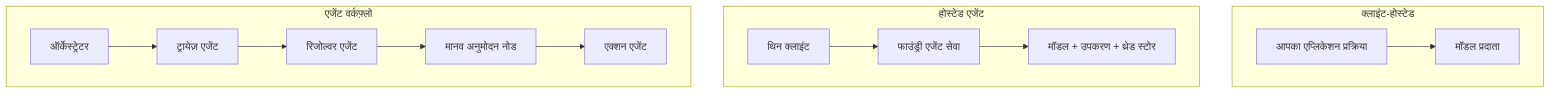
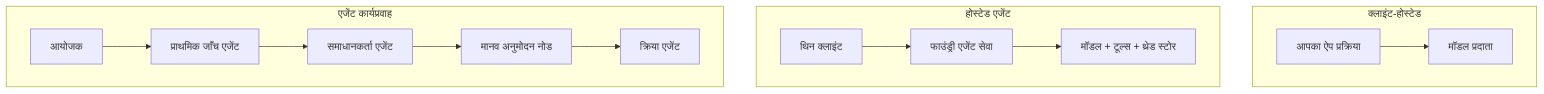
Before and after one commit to gabrielmoreira/agent-skills-mirror: the first of 4 diagrams in mirrors/repos/microsoft@ai-agents-for-beginners/translations/hi/16-deploying-scalable-agents/README.md, drawn with Mermaid. The commit also changed other lines of this file and 3581 other files, not shown here.

````diff
--- a/mirrors/repos/microsoft@ai-agents-for-beginners/translations/hi/16-deploying-scalable-agents/README.md
+++ b/mirrors/repos/microsoft@ai-agents-for-beginners/translations/hi/16-deploying-scalable-agents/README.md
@@ -87,16 +87,16 @@
 ```mermaid
 flowchart TB
     subgraph P1[क्लाइंट-होस्टेड]
-        A1[आपका एप्लिकेशन प्रक्रिया] --> M1[मॉडल प्रदाता]
+        A1[आपका ऐप प्रक्रिया] --> M1[मॉडल प्रदाता]
     end
     subgraph P2[होस्टेड एजेंट]
         A2[थिन क्लाइंट] --> F2[फाउंड्री एजेंट सेवा]
-        F2 --> M2[मॉडल + उपकरण + थ्रेड स्टोर]
+        F2 --> M2[मॉडल + टूल्स + थ्रेड स्टोर]
     end
-    subgraph P3[एजेंट वर्कफ़्लो]
-        A3[ऑर्केस्ट्रेटर] --> S1[ट्रायेज़ एजेंट]
-        S1 --> S2[रिजोल्वर एजेंट]
+    subgraph P3[एजेंट कार्यप्रवाह]
+        A3[आयोजक] --> S1[प्राथमिक जाँच एजेंट]
+        S1 --> S2[समाधानकर्ता एजेंट]
         S2 --> H[मानव अनुमोदन नोड]
-        H --> S3[एक्शन एजेंट]
+        H --> S3[क्रिया एजेंट]
     end
 ```
````
